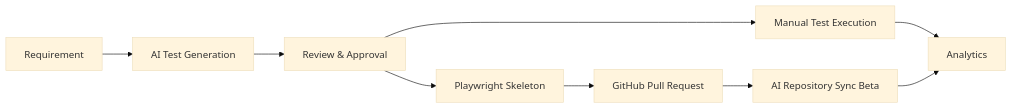
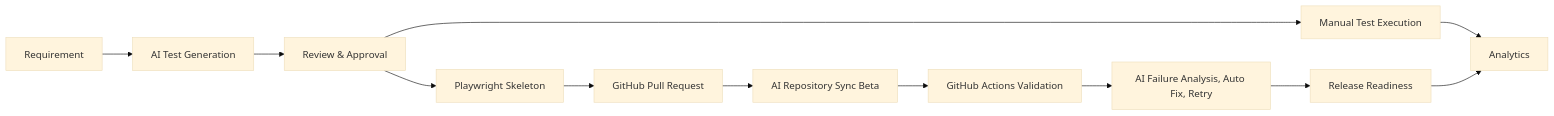
The diagram in docs/README.md (dksable/ai-qa-copilot-fe), drawn with Mermaid (base theme) before and after one commit. The commit also changed other lines of this file and 27 other files, not shown here.

Commit message:
Add v2 validation intelligence UI and docs

````diff
--- a/docs/README.md
+++ b/docs/README.md
@@ -50,11 +50,14 @@
 ```mermaid
 flowchart LR
   Requirement --> AIGeneration["AI Test Generation"]
   AIGeneration --> Review["Review & Approval"]
   Review --> Execution["Manual Test Execution"]
   Review --> Playwright["Playwright Skeleton"]
   Playwright --> GitHub["GitHub Pull Request"]
   GitHub --> RepoSync["AI Repository Sync Beta"]
+  RepoSync --> Validation["GitHub Actions Validation"]
+  Validation --> Intelligence["AI Failure Analysis, Auto Fix, Retry"]
+  Intelligence --> Readiness["Release Readiness"]
   Execution --> Analytics
-  RepoSync --> Analytics
+  Readiness --> Analytics
 ```
````
